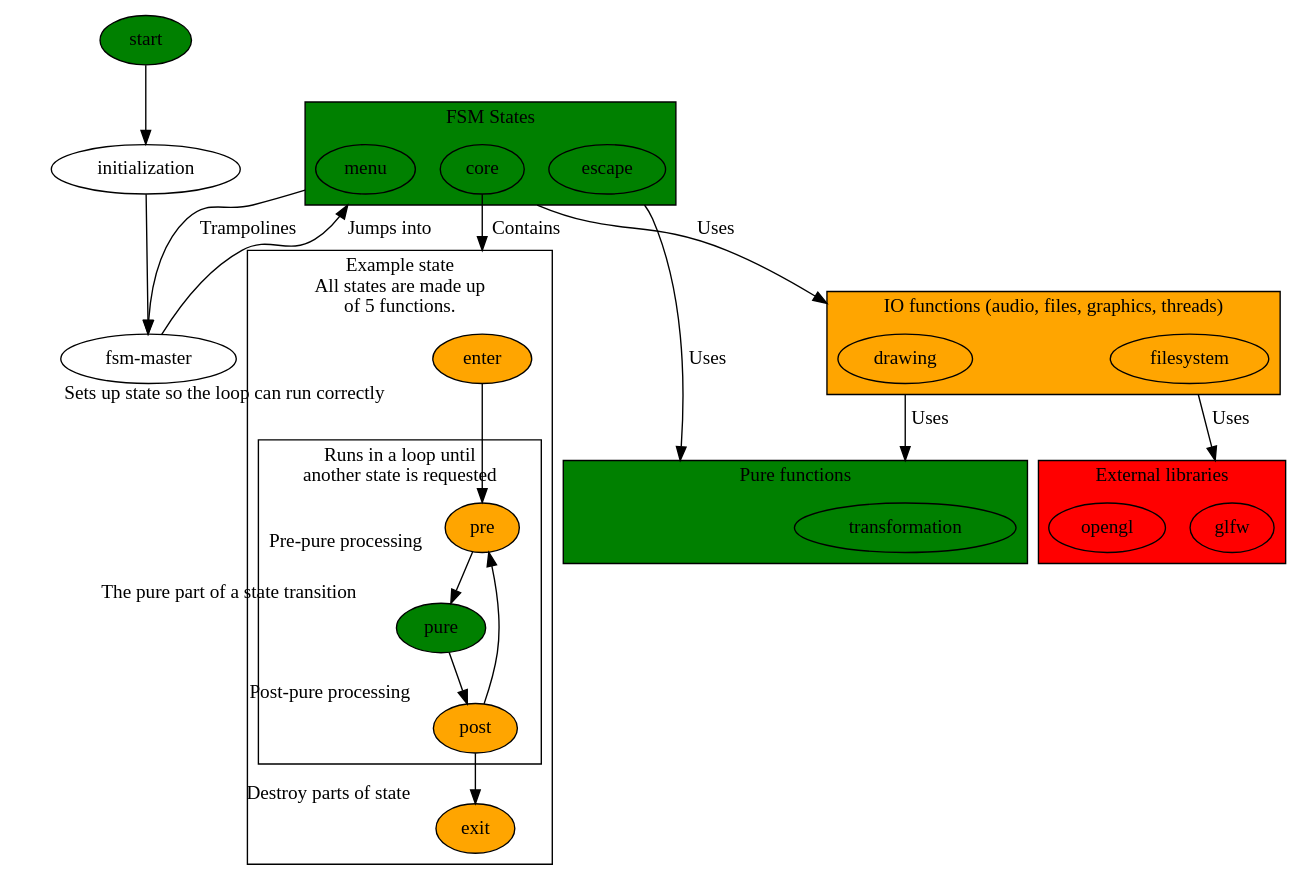
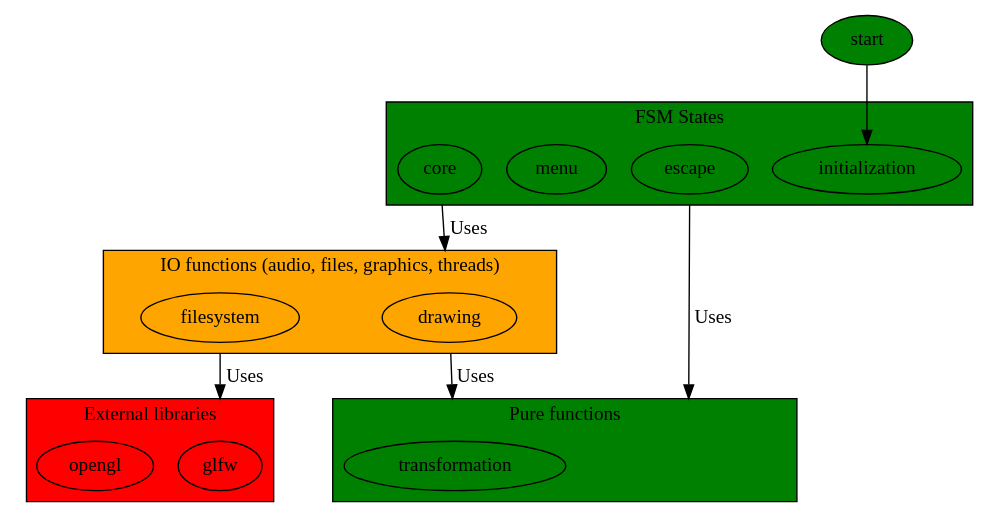
The diagram in about/about.dot (BourgondAries/pgame), drawn with Graphviz before and after one commit.

Commit message:
Update model

```diff
--- a/about/about.dot
+++ b/about/about.dot
@@ -1,60 +1,42 @@
 digraph G {
   compound = true;
-  M [label = "fsm-master"];
   start [style = filled , fillcolor = green];
 
-  start -> initialization -> M;
+  start -> initialization;
   subgraph cluster_IO {
     label = "IO functions (audio, files, graphics, threads)";
     style = filled;
     fillcolor = orange;
     drawing;
     filesystem;
   }
   subgraph cluster_S {
     label = "FSM States";
     style = filled;
     fillcolor = green;
+    initialization;
     core;
     menu;
     escape;
   }
   subgraph cluster_PURE {
     label = "Pure functions";
     style = filled;
     fillcolor = green;
     pure_dummy [style = invis];
     transformation;
   }
   subgraph cluster_EXT {
     label = "External libraries";
     style = filled;
     fillcolor = red;
     glfw;
     opengl;
   }
-  subgraph cluster_T {
-    label = "Example state\nAll states are made up\nof 5 functions.";
-    enter -> pre;
-    enter [style = filled , fillcolor = orange , xlabel = "Sets up state so the loop can run correctly"];
-    subgraph cluster_L {
-      label = "Runs in a loop until\nanother state is requested";
-      pre -> pure -> post -> pre;
-      pre [style = filled , fillcolor = orange , xlabel = "Pre-pure processing"];
-      pure [style = filled , fillcolor = green , xlabel = "The pure part of a state transition"];
-      post [style = filled , fillcolor = orange , xlabel = "Post-pure processing"];
-    }
-    post -> exit;
-    exit [style = filled , fillcolor = orange , xlabel = "Destroy parts of state"];
-  }
-
-  core -> enter [label = "Contains" , lhead = cluster_T];
-  M -> menu [label = "Jumps into" , lhead = cluster_S];
-  menu -> M [label = "Trampolines" , ltail = cluster_S];
 
   core -> drawing [label = "Uses" , lhead = cluster_IO , ltail = cluster_S];
   escape -> pure_dummy [label = "Uses" , lhead = cluster_PURE , ltail = cluster_S];
 
   drawing -> transformation [label = "Uses" , lhead = cluster_PURE, ltail = cluster_IO];
   filesystem -> glfw [label = "Uses" , lhead = cluster_EXT , ltail = cluster_IO];
 }
```
